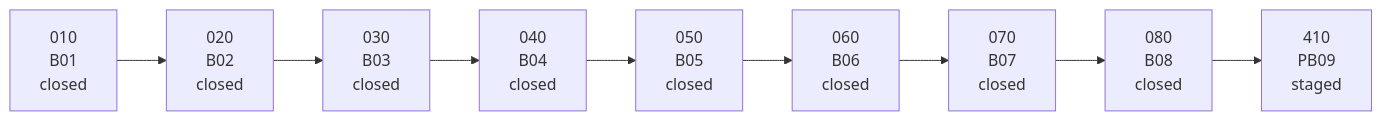
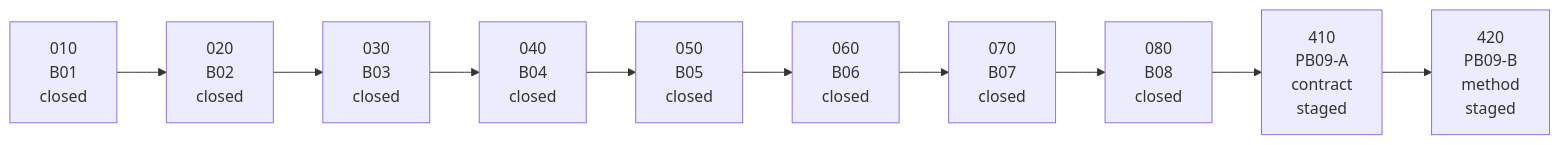
One commit to tryskian/scorey changed the first of 2 diagrams in docs/research/000_LEGEND.md. Above: the diagram before and after it, drawn with Mermaid. The commit also changed other lines of this file and 2 other files, not shown here.

Commit message:
docs: add pre-beta pulse evaluation method (#104)

````diff
--- a/docs/research/000_LEGEND.md
+++ b/docs/research/000_LEGEND.md
@@ -27,14 +28,15 @@
 ```mermaid
 flowchart LR
   B1["010<br/>B01<br/>closed"]
   B2["020<br/>B02<br/>closed"]
   B3["030<br/>B03<br/>closed"]
   B4["040<br/>B04<br/>closed"]
   B5["050<br/>B05<br/>closed"]
   B6["060<br/>B06<br/>closed"]
   B7["070<br/>B07<br/>closed"]
   B8["080<br/>B08<br/>closed"]
-  PB9["410<br/>PB09<br/>staged"]
+  PB9A["410<br/>PB09-A<br/>contract<br/>staged"]
+  PB9B["420<br/>PB09-B<br/>method<br/>staged"]
 
-  B1 --> B2 --> B3 --> B4 --> B5 --> B6 --> B7 --> B8 --> PB9
+  B1 --> B2 --> B3 --> B4 --> B5 --> B6 --> B7 --> B8 --> PB9A --> PB9B
 ```
````
